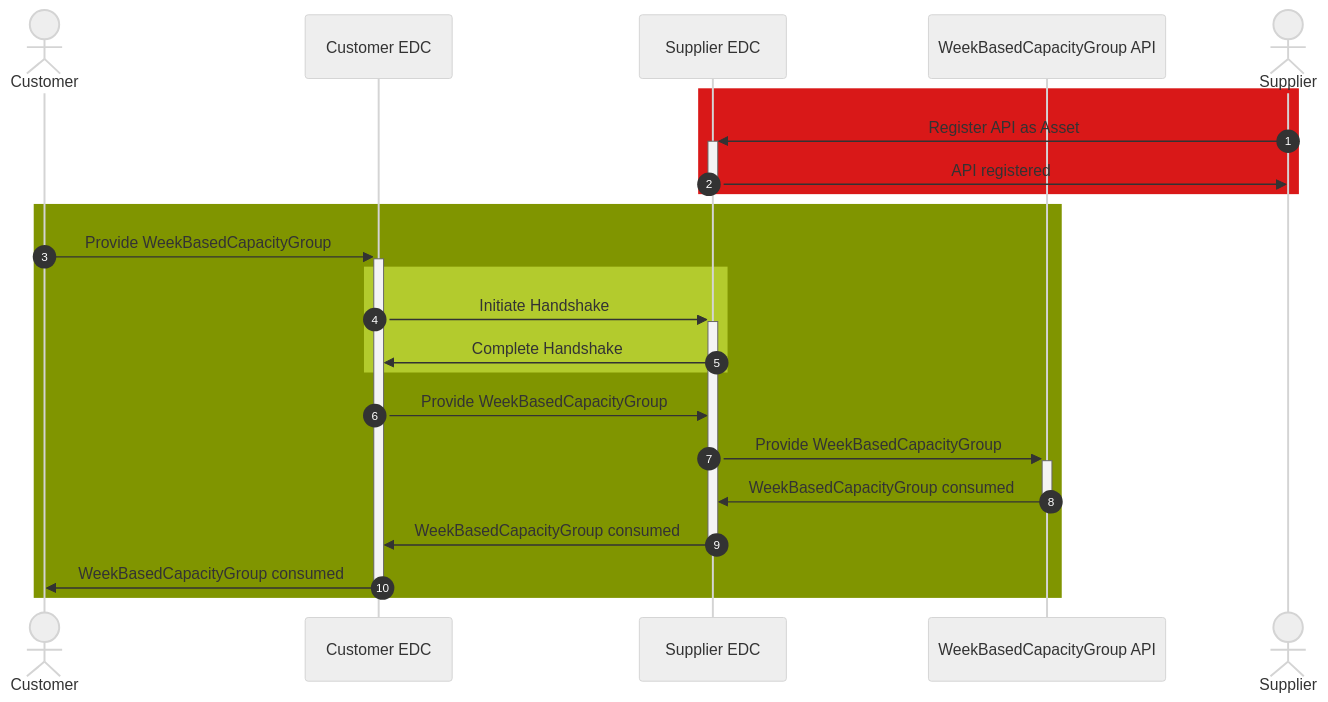
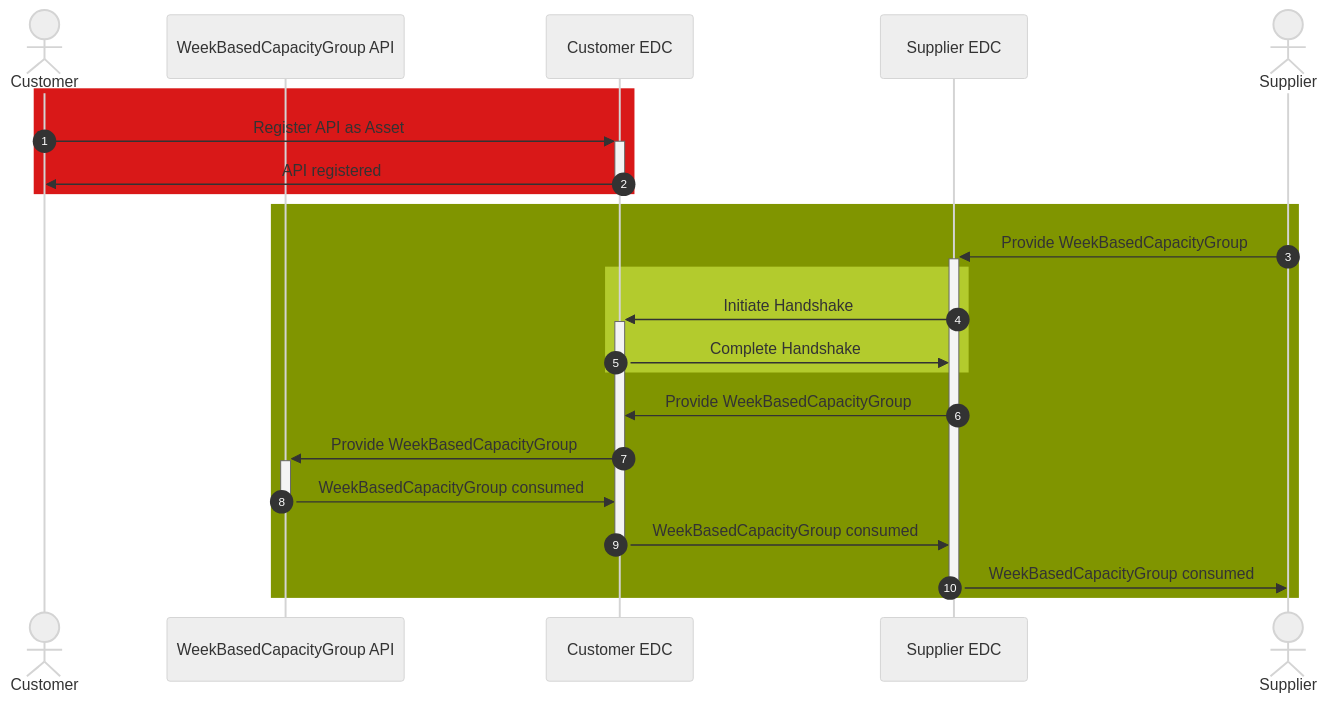
Before and after one commit to eclipse-tractusx/eclipse-tractusx.github.io: the diagram in docs-kits/kits/demand-and-capacity-management-kit/development-view/api-capacity-group.md, drawn with Mermaid (neutral theme). The commit also changed other lines of this file, not shown here.

Commit message:
fix: reverse flow capacity api

````diff
--- a/docs-kits/kits/demand-and-capacity-management-kit/development-view/api-capacity-group.md
+++ b/docs-kits/kits/demand-and-capacity-management-kit/development-view/api-capacity-group.md
@@ -22,28 +22,27 @@
 ```mermaid
 sequenceDiagram
 autonumber
     actor c as Customer 
+    participant a as WeekBasedCapacityGroup API
     participant ce as Customer EDC
-    participant se as Supplier EDC
-    participant a as WeekBasedCapacityGroup API
+    participant se as Supplier EDC    
     actor s as Supplier
     
     rect rgb(217,24,24)
-    s->>+se: Register API as Asset
-    se->>-s: API registered
+    c->>+ce: Register API as Asset
+    ce->>-c: API registered
     end
     rect rgb(128,149,00)
-    c->>+ce: Provide WeekBasedCapacityGroup
+    s->>+se: Provide WeekBasedCapacityGroup
     rect rgb(179,203,45)
-    ce->>+se: Initiate Handshake
-    se->>ce: Complete Handshake
+    se->>+ce: Initiate Handshake
+    ce->>se: Complete Handshake
     end
-    ce->>se: Provide WeekBasedCapacityGroup
-    se->>+a: Provide WeekBasedCapacityGroup
-    a->>-se: WeekBasedCapacityGroup consumed
-    se->>-ce: WeekBasedCapacityGroup consumed
-    ce->>-c: WeekBasedCapacityGroup consumed
+    se->>ce: Provide WeekBasedCapacityGroup
+    ce->>+a: Provide WeekBasedCapacityGroup
+    a->>-ce: WeekBasedCapacityGroup consumed
+    ce->>-se: WeekBasedCapacityGroup consumed
+    se->>-s: WeekBasedCapacityGroup consumed
     
     end
-  
 ```
````
